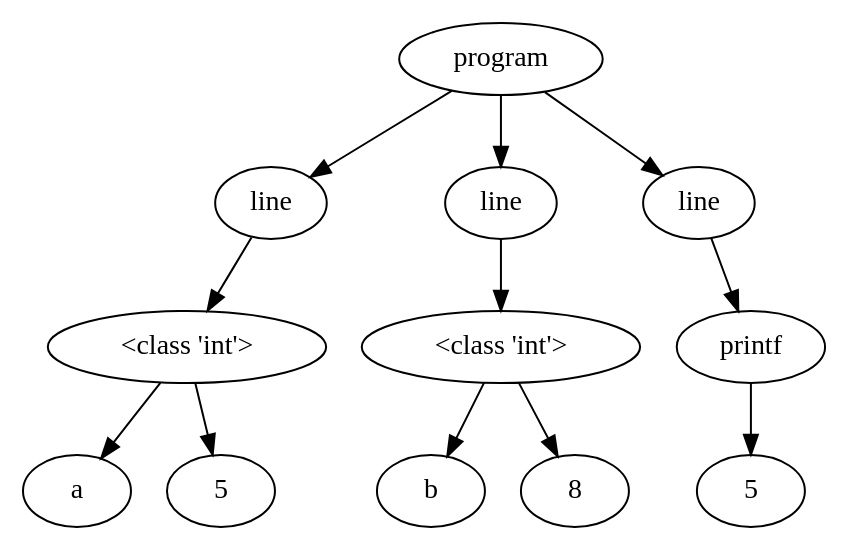
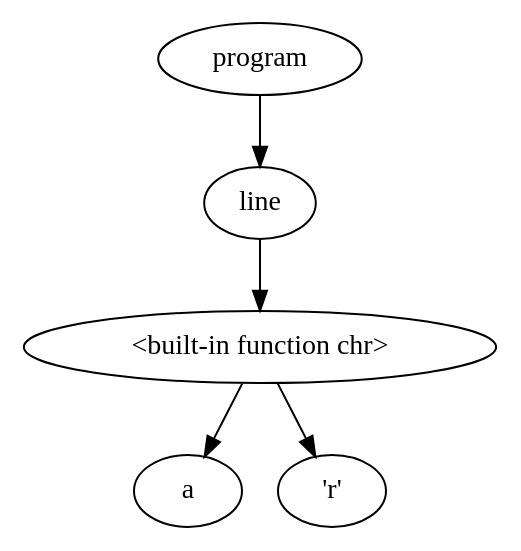
One commit to NielsVandenBroeck/COMP_Compiler changed the diagram in OutputFiles/dotVisualization.dot. Above: the diagram before and after it, drawn with Graphviz. The commit also changed 6 other files, not shown here.

```diff
--- a/OutputFiles/dotVisualization.dot
+++ b/OutputFiles/dotVisualization.dot
@@ -1,31 +1,13 @@
 digraph G { 
-"<AST.AST object at 0x01C0C0E8> (0)"[label="program"]
-"<AST.AST object at 0x01C0C070> (1)"[label="line"]
-"<AST.AST object at 0x01C0C0E8> (0)"->"<AST.AST object at 0x01C0C070> (1)"
-"<AST.AST object at 0x01C0C070> (1)"[label="line"]
-"<AST.ASTDataType object at 0x01C0C4A8> (2)"[label="<class 'int'>"]
-"<AST.AST object at 0x01C0C070> (1)"->"<AST.ASTDataType object at 0x01C0C4A8> (2)"
-"<AST.ASTDataType object at 0x01C0C4A8> (2)"[label="<class 'int'>"]
-"<AST.ASTVariable object at 0x01C0C2F8> (3)"[label="a"]
-"<AST.ASTDataType object at 0x01C0C4A8> (2)"->"<AST.ASTVariable object at 0x01C0C2F8> (3)"
-"<AST.AST object at 0x01C0C448> (3)"[label="5"]
-"<AST.ASTDataType object at 0x01C0C4A8> (2)"->"<AST.AST object at 0x01C0C448> (3)"
-"<AST.AST object at 0x01C0C208> (1)"[label="line"]
-"<AST.AST object at 0x01C0C0E8> (0)"->"<AST.AST object at 0x01C0C208> (1)"
-"<AST.AST object at 0x01C0C208> (1)"[label="line"]
-"<AST.ASTDataType object at 0x01C0C538> (2)"[label="<class 'int'>"]
-"<AST.AST object at 0x01C0C208> (1)"->"<AST.ASTDataType object at 0x01C0C538> (2)"
-"<AST.ASTDataType object at 0x01C0C538> (2)"[label="<class 'int'>"]
-"<AST.ASTVariable object at 0x01C0C4D8> (3)"[label="b"]
-"<AST.ASTDataType object at 0x01C0C538> (2)"->"<AST.ASTVariable object at 0x01C0C4D8> (3)"
-"<AST.ASTOperator object at 0x01C0C598> (3)"[label="8"]
-"<AST.ASTDataType object at 0x01C0C538> (2)"->"<AST.ASTOperator object at 0x01C0C598> (3)"
-"<AST.AST object at 0x01C0C4F0> (1)"[label="line"]
-"<AST.AST object at 0x01C0C0E8> (0)"->"<AST.AST object at 0x01C0C4F0> (1)"
-"<AST.AST object at 0x01C0C4F0> (1)"[label="line"]
-"<AST.ASTPrintf object at 0x01C0C3A0> (2)"[label="printf"]
-"<AST.AST object at 0x01C0C4F0> (1)"->"<AST.ASTPrintf object at 0x01C0C3A0> (2)"
-"<AST.ASTPrintf object at 0x01C0C3A0> (2)"[label="printf"]
-"<AST.ASTVariable object at 0x01C0C250> (3)"[label="5"]
-"<AST.ASTPrintf object at 0x01C0C3A0> (2)"->"<AST.ASTVariable object at 0x01C0C250> (3)"
+"<AST.AST object at 0x000001AE34856FD0> (0)"[label="program"]
+"<AST.AST object at 0x000001AE34860D60> (1)"[label="line"]
+"<AST.AST object at 0x000001AE34856FD0> (0)"->"<AST.AST object at 0x000001AE34860D60> (1)"
+"<AST.AST object at 0x000001AE34860D60> (1)"[label="line"]
+"<AST.ASTDataType object at 0x000001AE34860AF0> (2)"[label="<built-in function chr>"]
+"<AST.AST object at 0x000001AE34860D60> (1)"->"<AST.ASTDataType object at 0x000001AE34860AF0> (2)"
+"<AST.ASTDataType object at 0x000001AE34860AF0> (2)"[label="<built-in function chr>"]
+"<AST.ASTVariable object at 0x000001AE34860A60> (3)"[label="a"]
+"<AST.ASTDataType object at 0x000001AE34860AF0> (2)"->"<AST.ASTVariable object at 0x000001AE34860A60> (3)"
+"<AST.AST object at 0x000001AE348607C0> (3)"[label="'r'"]
+"<AST.ASTDataType object at 0x000001AE34860AF0> (2)"->"<AST.AST object at 0x000001AE348607C0> (3)"
 }
```
